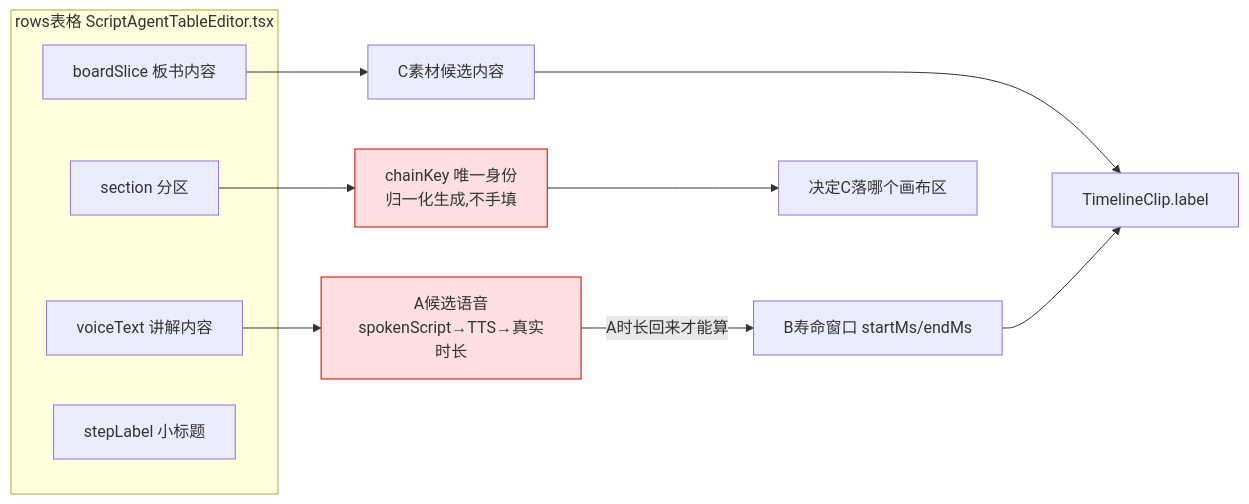
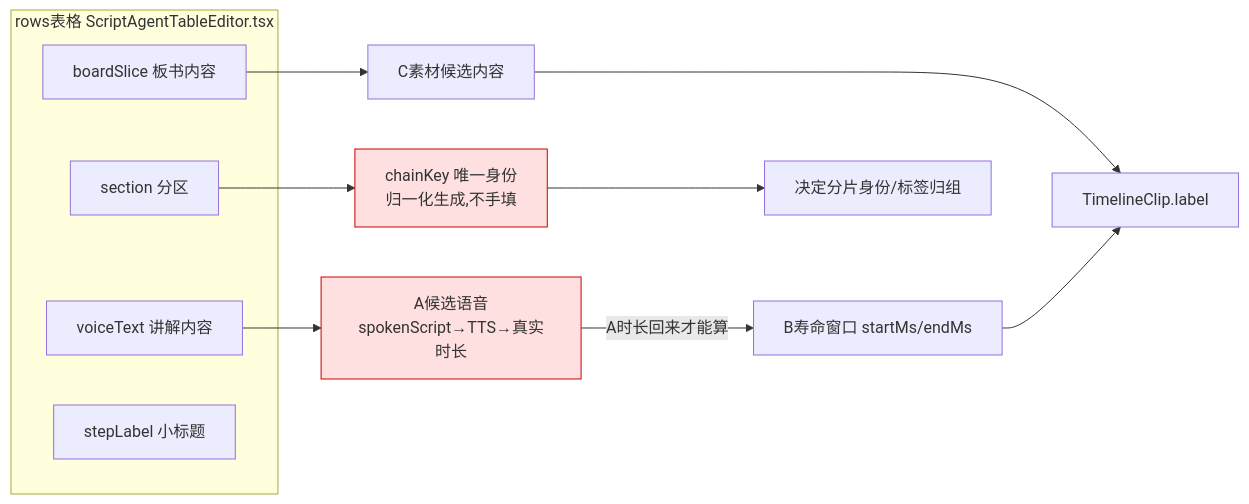
Before and after one commit to 4xiaxia/video-d: the third of 4 diagrams in 认知图-核心逻辑动态图.md, drawn with Mermaid. The commit also changed other lines of this file and 32 other files, not shown here.

````diff
--- a/认知图-核心逻辑动态图.md
+++ b/认知图-核心逻辑动态图.md
@@ -236,19 +240,19 @@
 ```mermaid
 flowchart LR
     subgraph ROWS[rows表格 ScriptAgentTableEditor.tsx]
         SEC[section 分区]
         SLICE[boardSlice 板书内容]
         VOICE[voiceText 讲解内容]
         STEP[stepLabel 小标题]
     end
     SEC --> CK[chainKey 唯一身份<br/>归一化生成,不手填]
     VOICE --> A[A候选语音<br/>spokenScript→TTS→真实时长]
     SLICE --> C[C素材候选内容]
     A -->|A时长回来才能算| B[B寿命窗口 startMs/endMs]
     C --> CLIP[TimelineClip.label]
     B --> CLIP
-    CK --> ZONE[决定C落哪个画布区]
+    CK --> SEG[决定分片身份/标签归组]
 
     classDef key fill:#ffe0e0,stroke:#c00;
     class CK,A key;
 ```
````
